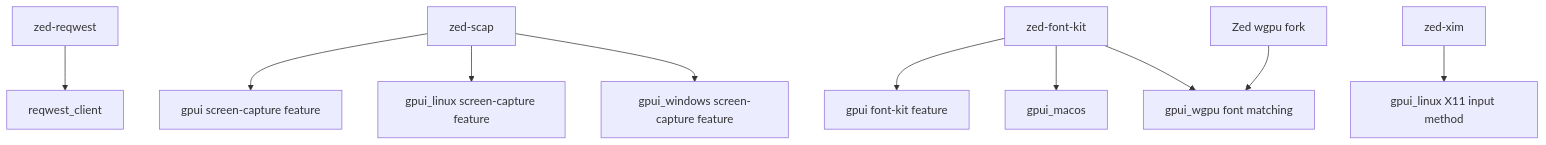
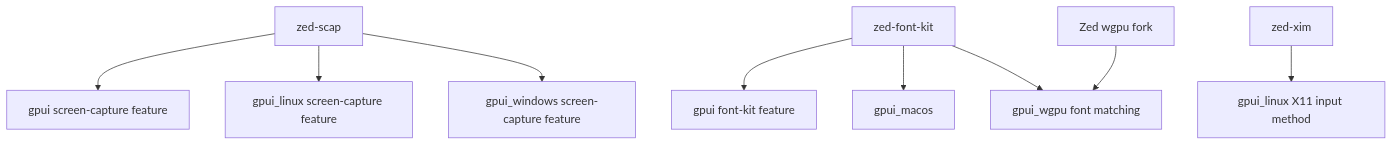
The diagram in docs/imports/zed-fork-dependency-audit.md (Latias94/open-gpui), drawn with Mermaid before and after one commit. The commit also changed other lines of this file and 5 other files, not shown here.

Commit message:
build(reqwest): replace zed fork with crates.io reqwest

````diff
--- a/docs/imports/zed-fork-dependency-audit.md
+++ b/docs/imports/zed-fork-dependency-audit.md
@@ -19,12 +19,11 @@
 ```mermaid
 flowchart TD
-    Reqwest[zed-reqwest] --> ReqwestClient[reqwest_client]
     Scap[zed-scap] --> Gpui[gpui screen-capture feature]
     Scap --> GpuiLinux[gpui_linux screen-capture feature]
     Scap --> GpuiWindows[gpui_windows screen-capture feature]
     FontKit[zed-font-kit] --> GpuiFont[gpui font-kit feature]
     FontKit --> GpuiMacos[gpui_macos]
     FontKit --> GpuiWgpu[gpui_wgpu font matching]
     Xim[zed-xim] --> LinuxX11[gpui_linux X11 input method]
     Wgpu[Zed wgpu fork] --> GpuiWgpu
 ```
````
